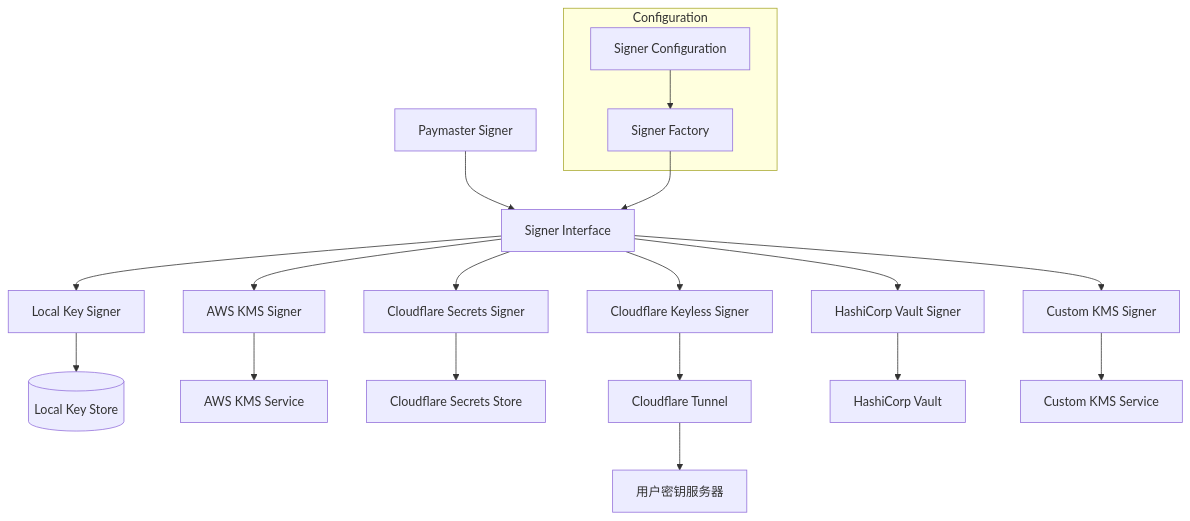
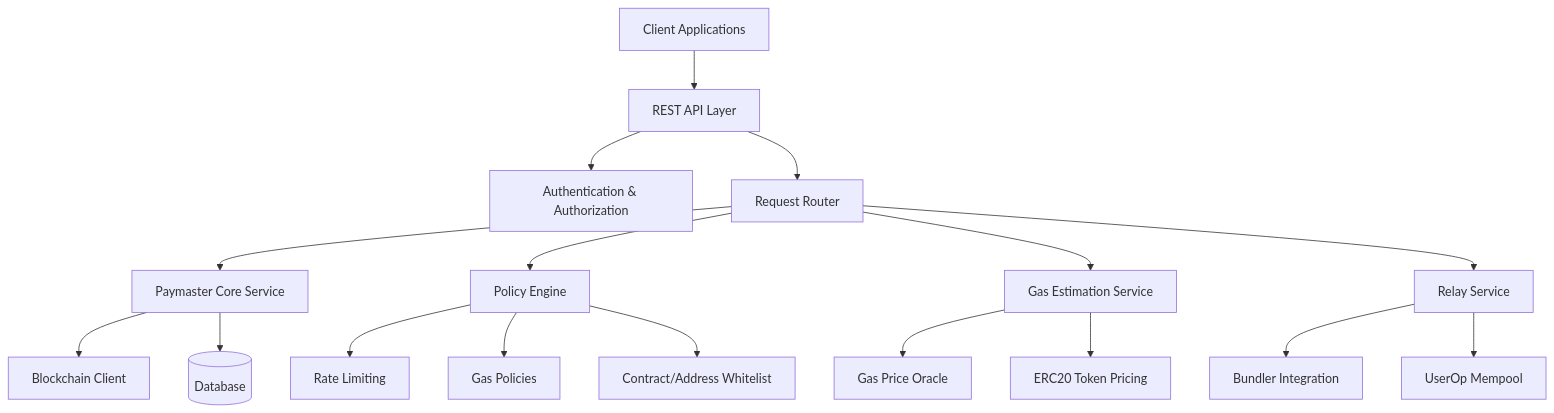
The third of 4 diagrams in docs/SigningAndKeyManagement.md (AAStarCommunity/aNode), drawn with Mermaid before and after one commit. The commit also changed other lines of this file and 1 other file, not shown here.

````diff
--- a/docs/SigningAndKeyManagement.md
+++ b/docs/SigningAndKeyManagement.md
@@ -145,27 +129,24 @@
 ```mermaid
 graph TB
-    PaymasterSigner[Paymaster Signer] --> SignerInterface[Signer Interface]
-    
-    SignerInterface --> LocalSigner[Local Key Signer]
-    SignerInterface --> AWSSigner[AWS KMS Signer]  
-    SignerInterface --> CFSecretsSigner[Cloudflare Secrets Signer]
-    SignerInterface --> CFKeylessSigner[Cloudflare Keyless Signer]
-    SignerInterface --> VaultSigner[HashiCorp Vault Signer]
-    SignerInterface --> CustomSigner[Custom KMS Signer]
-    
-    LocalSigner --> LocalKeyStore[(Local Key Store)]
-    AWSSigner --> AWSKMS[AWS KMS Service]
-    CFSecretsSigner --> CFSecrets[Cloudflare Secrets Store]
-    CFKeylessSigner --> CFTunnel[Cloudflare Tunnel]
-    CFTunnel --> KeyServer[用户密钥服务器]
-    VaultSigner --> HCVault[HashiCorp Vault]
-    CustomSigner --> CustomKMS[Custom KMS Service]
-    
-    subgraph Configuration
-        SignerConfig[Signer Configuration]
-        SignerFactory[Signer Factory]
-    end
-    
-    SignerFactory --> SignerInterface
-    SignerConfig --> SignerFactory
+    Client[Client Applications] --> API[REST API Layer]
+    API --> Auth[Authentication & Authorization]
+    API --> Router[Request Router]
+
+    Router --> PaymasterCore[Paymaster Core Service]
+    Router --> PolicyEngine[Policy Engine]
+    Router --> GasEstimator[Gas Estimation Service]
+    Router --> RelayService[Relay Service]
+
+    PaymasterCore --> ChainClient[Blockchain Client]
+    PaymasterCore --> Database[(Database)]
+
+    PolicyEngine --> RateLimit[Rate Limiting]
+    PolicyEngine --> GasPolicy[Gas Policies]
+    PolicyEngine --> Whitelist[Contract/Address Whitelist]
+
+    GasEstimator --> PriceOracle[Gas Price Oracle]
+    GasEstimator --> TokenPricing[ERC20 Token Pricing]
+
+    RelayService --> Bundler[Bundler Integration]
+    RelayService --> Mempool[UserOp Mempool]
 ```
````
